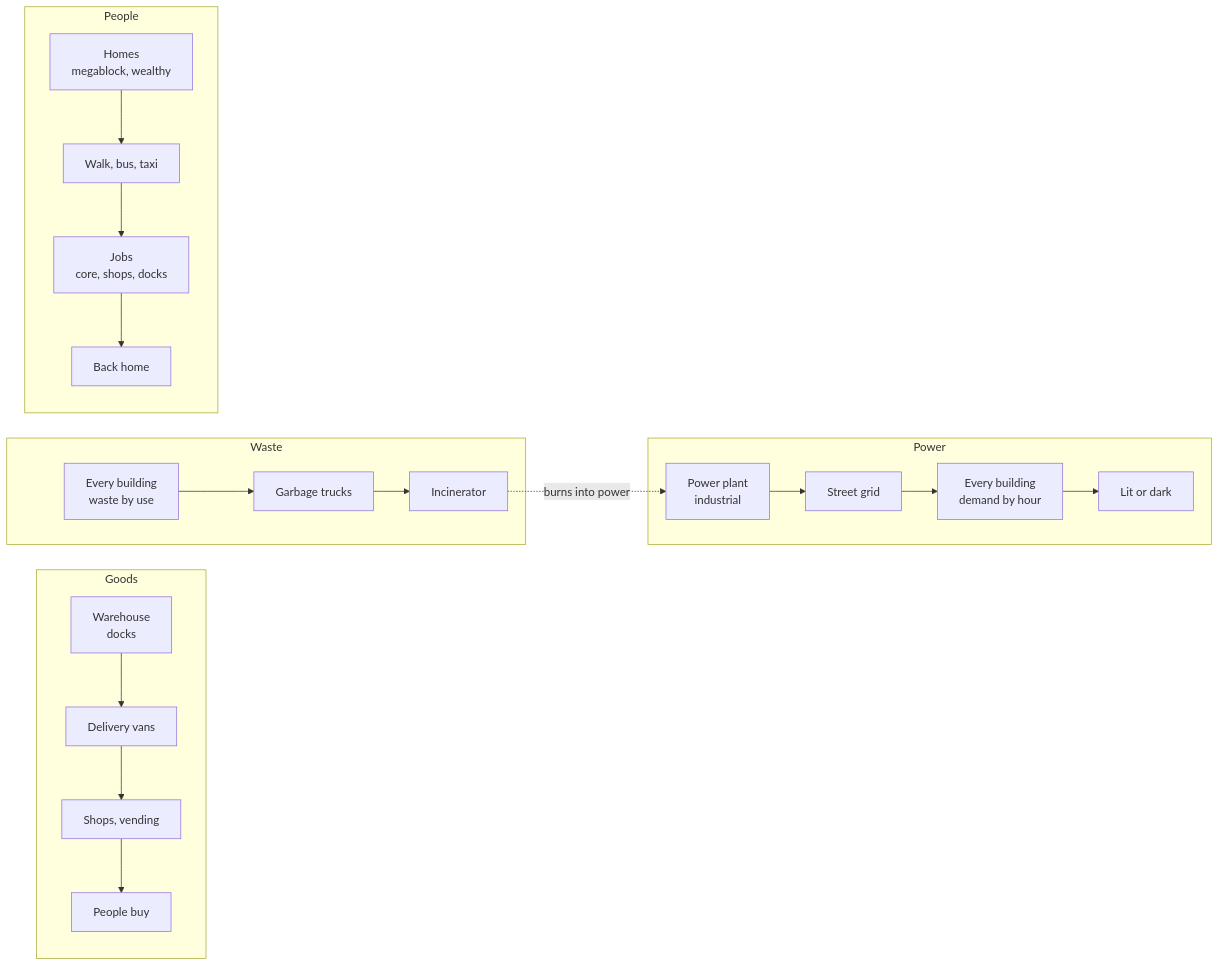
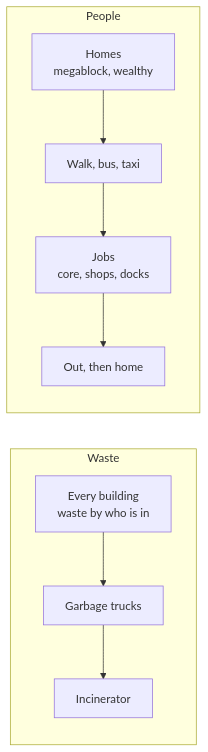
Before and after one commit to melody1030/Procedure-World-Building: the diagram in docs/plans/city-simulation-plan.md, drawn with Mermaid. The commit also changed other lines of this file and 30 other files, not shown here.

````diff
--- a/docs/plans/city-simulation-plan.md
+++ b/docs/plans/city-simulation-plan.md
@@ -32,15 +37,9 @@
 ```mermaid
 flowchart LR
-  subgraph Power
-    plant[Power plant<br/>industrial] --> grid[Street grid] --> useP[Every building<br/>demand by hour] --> lit[Lit or dark]
-  end
-  subgraph Goods
-    store[Warehouse<br/>docks] --> vans[Delivery vans] --> shops[Shops, vending] --> buy[People buy]
-  end
   subgraph Waste
-    bins[Every building<br/>waste by use] --> trucks[Garbage trucks] --> burn[Incinerator] -.->|burns into power| plant
+    bins[Every building<br/>waste by who is in] --> trucks[Garbage trucks] --> burn[Incinerator]
   end
   subgraph People
-    homes[Homes<br/>megablock, wealthy] --> commute[Walk, bus, taxi] --> jobs[Jobs<br/>core, shops, docks] --> back[Back home]
+    homes[Homes<br/>megablock, wealthy] --> commute[Walk, bus, taxi] --> jobs[Jobs<br/>core, shops, docks] --> back[Out, then home]
   end
 ```
````
